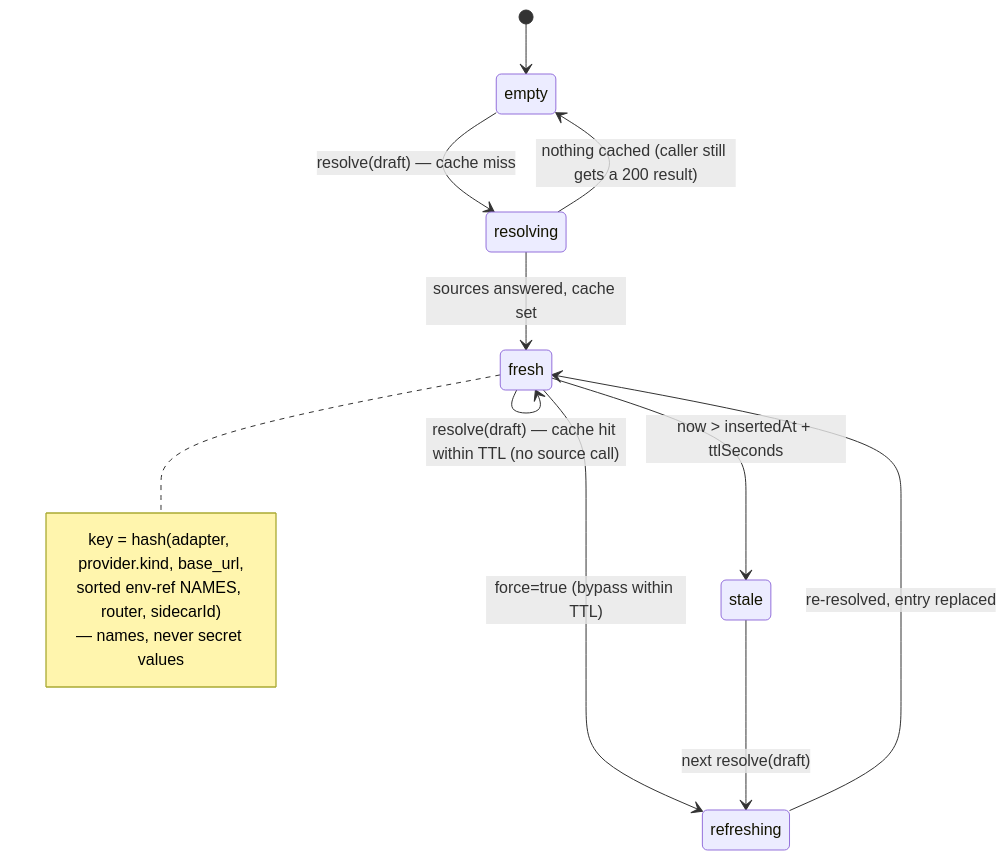
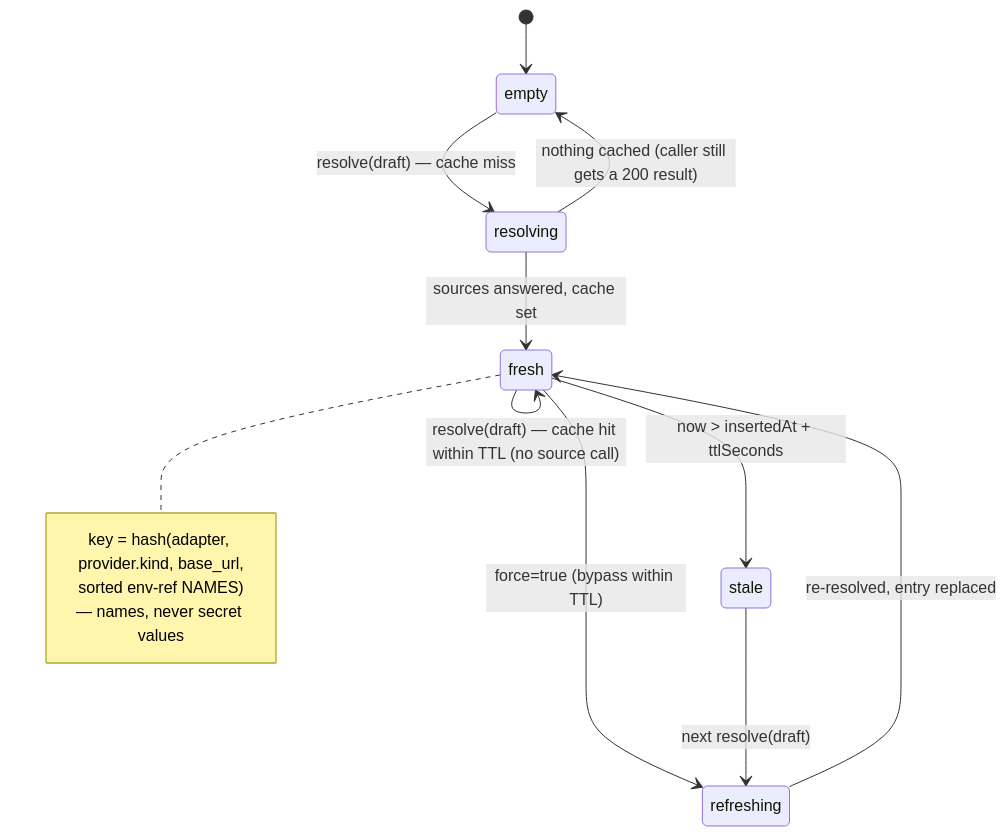
One commit to maister-dev/maister changed the first of 5 diagrams in docs/system-analytics/model-catalog.md. Above: the diagram before and after it, drawn with Mermaid. The commit also changed other lines of this file and 228 other files, not shown here.

````diff
--- a/docs/system-analytics/model-catalog.md
+++ b/docs/system-analytics/model-catalog.md
@@ -100,17 +97,17 @@
 ```mermaid
 stateDiagram-v2
     [*] --> empty
     empty --> resolving: resolve(draft) — cache miss
     resolving --> fresh: sources answered, cache set
     resolving --> empty: nothing cached (caller still gets a 200 result)
     fresh --> fresh: resolve(draft) — cache hit within TTL (no source call)
     fresh --> refreshing: force=true (bypass within TTL)
     fresh --> stale: now > insertedAt + ttlSeconds
     stale --> refreshing: next resolve(draft)
     refreshing --> fresh: re-resolved, entry replaced
     note right of fresh
       key = hash(adapter, provider.kind, base_url,
-      sorted env-ref NAMES, router, sidecarId)
+      sorted env-ref NAMES)
       — names, never secret values
     end note
 ```
````
